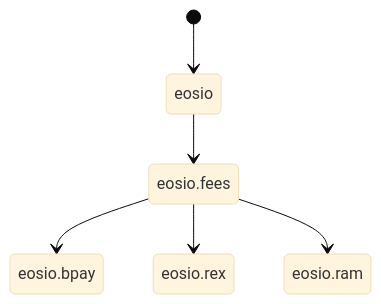
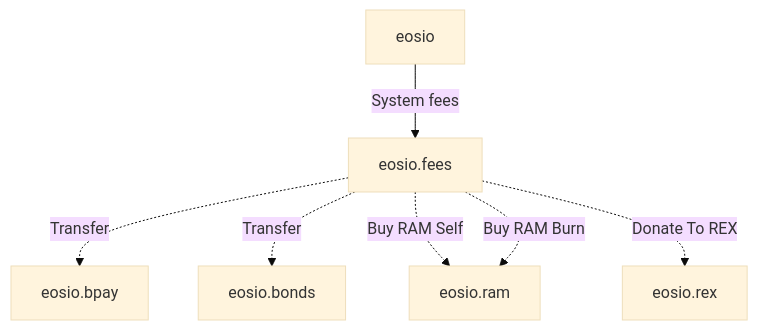
The diagram in README.md (eosnetworkfoundation/eosio.fees), drawn with Mermaid (base theme) before and after one commit. The commit also changed other lines of this file and 3 other files, not shown here.

Commit message:
add eosio.bonds to strategies

````diff
--- a/README.md
+++ b/README.md
@@ -7,8 +7,9 @@
 ```mermaid
-stateDiagram-v2
-    [*] --> eosio
-    eosio --> eosio.fees
-    eosio.fees --> eosio.bpay
-    eosio.fees --> eosio.rex
-    eosio.fees --> eosio.ram
+graph TD
+    eosio --> |System fees| eosio.fees
+    eosio.fees -.-> |Transfer| eosio.bpay
+    eosio.fees -.-> |Transfer| eosio.bonds
+    eosio.fees -.-> |Buy RAM Self | eosio.ram
+    eosio.fees -.-> |Buy RAM Burn | eosio.ram
+    eosio.fees -.-> |Donate To REX | eosio.rex
 ```
````
